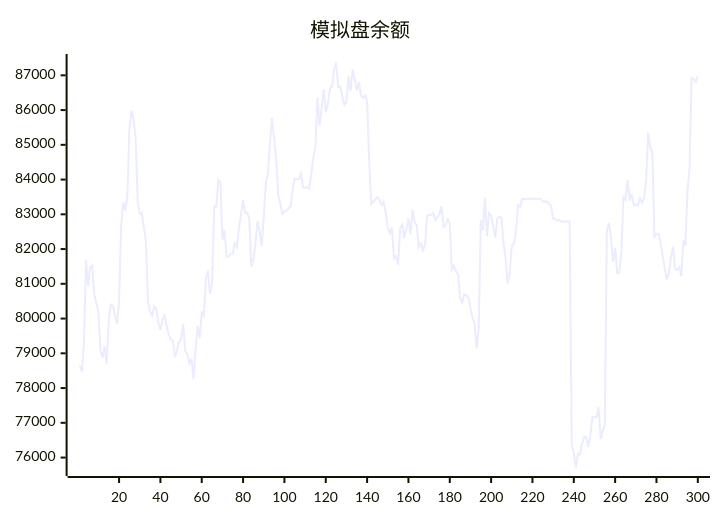
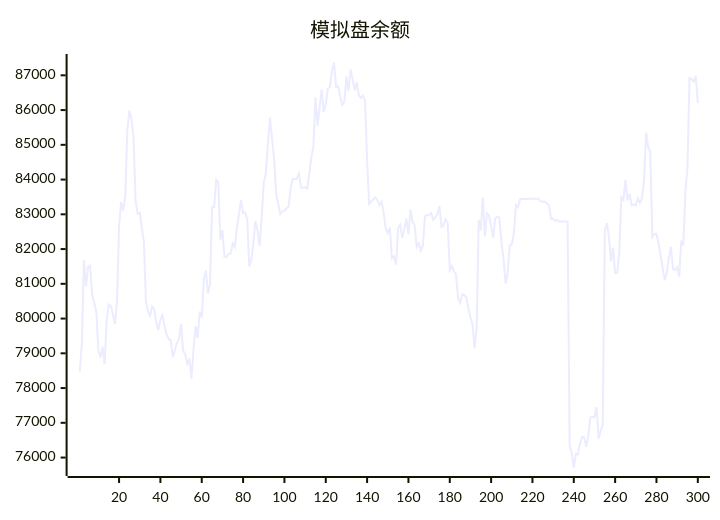
Before and after one commit to aahl/ai-trading: the diagram in README.md, drawn with Mermaid. The commit also changed other lines of this file and 1 other file, not shown here.

````diff
--- a/README.md
+++ b/README.md
@@ -5,5 +5,5 @@
 ```mermaid
 xychart
     title "模拟盘余额"
-    line [78653,78478,79271,81680,80923,81488,81527,80681,80455,80190,79084,78879,79193,78686,79954,80403,80374,80118,79848,80491,82665,83351,83098,83525,85430,85983,85737,85221,83378,83014,83043,82613,82216,80477,80208,80081,80348,80277,79894,79670,79965,80093,79786,79542,79406,79371,78893,79087,79304,79406,79841,79072,78978,78696,78846,78272,79085,79787,79442,80198,80031,81120,81379,80718,80985,83214,83212,83993,83921,82270,82547,81776,81776,81866,81866,82158,82061,82596,83000,83408,83041,83050,82858,81503,81691,82188,82812,82517,82092,82901,83898,84180,85030,85781,85178,84604,83569,83298,83008,83093,83107,83175,83228,83729,84025,84017,84019,84177,83775,83762,83785,83738,84160,84639,84939,86370,85548,86046,86599,85942,86161,86622,86664,87115,87369,86666,86685,86384,86152,86243,86969,86548,87164,86885,86566,86809,86427,86348,86417,86273,84538,83299,83369,83430,83490,83404,83270,83362,83056,82605,82459,82614,81734,81788,81551,82598,82702,82320,82580,82878,82426,83139,82778,82686,82056,82166,81963,82110,82951,82983,82984,83038,82838,82915,82998,83235,82642,82682,82858,82746,81396,81512,81362,81277,80600,80461,80699,80673,80616,80288,80038,79836,79142,79722,82837,82533,83480,82366,83032,82960,82654,82330,82883,82934,82901,82188,81728,81005,81298,82110,82135,82449,83264,83203,83440,83439,83440,83440,83446,83447,83448,83447,83448,83449,83369,83369,83369,83313,83256,82872,82873,82801,82844,82785,82791,82791,82793,82794,76339,76145,75714,76110,76096,76397,76594,76585,76310,76607,77160,77170,77160,77456,76541,76774,76927,82520,82744,82337,81639,82040,81307,81314,81887,83490,83414,83984,83396,83594,83261,83287,83253,83470,83327,83465,83987,85348,84930,84786,82355,82433,82438,82167,81795,81466,81105,81315,81756,82064,81426,81398,81481,81210,82242,82099,83658,84359,86925,86892,86814,86980]
+    line [78478,79271,81680,80923,81488,81527,80681,80455,80190,79084,78879,79193,78686,79954,80403,80374,80118,79848,80491,82665,83351,83098,83525,85430,85983,85737,85221,83378,83014,83043,82613,82216,80477,80208,80081,80348,80277,79894,79670,79965,80093,79786,79542,79406,79371,78893,79087,79304,79406,79841,79072,78978,78696,78846,78272,79085,79787,79442,80198,80031,81120,81379,80718,80985,83214,83212,83993,83921,82270,82547,81776,81776,81866,81866,82158,82061,82596,83000,83408,83041,83050,82858,81503,81691,82188,82812,82517,82092,82901,83898,84180,85030,85781,85178,84604,83569,83298,83008,83093,83107,83175,83228,83729,84025,84017,84019,84177,83775,83762,83785,83738,84160,84639,84939,86370,85548,86046,86599,85942,86161,86622,86664,87115,87369,86666,86685,86384,86152,86243,86969,86548,87164,86885,86566,86809,86427,86348,86417,86273,84538,83299,83369,83430,83490,83404,83270,83362,83056,82605,82459,82614,81734,81788,81551,82598,82702,82320,82580,82878,82426,83139,82778,82686,82056,82166,81963,82110,82951,82983,82984,83038,82838,82915,82998,83235,82642,82682,82858,82746,81396,81512,81362,81277,80600,80461,80699,80673,80616,80288,80038,79836,79142,79722,82837,82533,83480,82366,83032,82960,82654,82330,82883,82934,82901,82188,81728,81005,81298,82110,82135,82449,83264,83203,83440,83439,83440,83440,83446,83447,83448,83447,83448,83449,83369,83369,83369,83313,83256,82872,82873,82801,82844,82785,82791,82791,82793,82794,76339,76145,75714,76110,76096,76397,76594,76585,76310,76607,77160,77170,77160,77456,76541,76774,76927,82520,82744,82337,81639,82040,81307,81314,81887,83490,83414,83984,83396,83594,83261,83287,83253,83470,83327,83465,83987,85348,84930,84786,82355,82433,82438,82167,81795,81466,81105,81315,81756,82064,81426,81398,81481,81210,82242,82099,83658,84359,86925,86892,86814,86980,86203]
 ```
````
